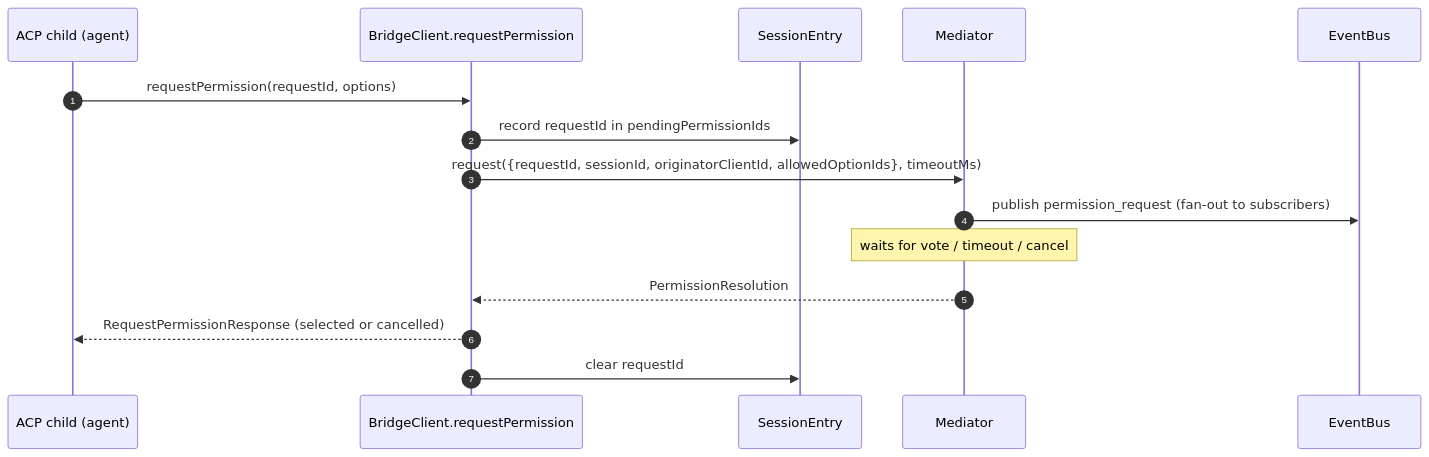
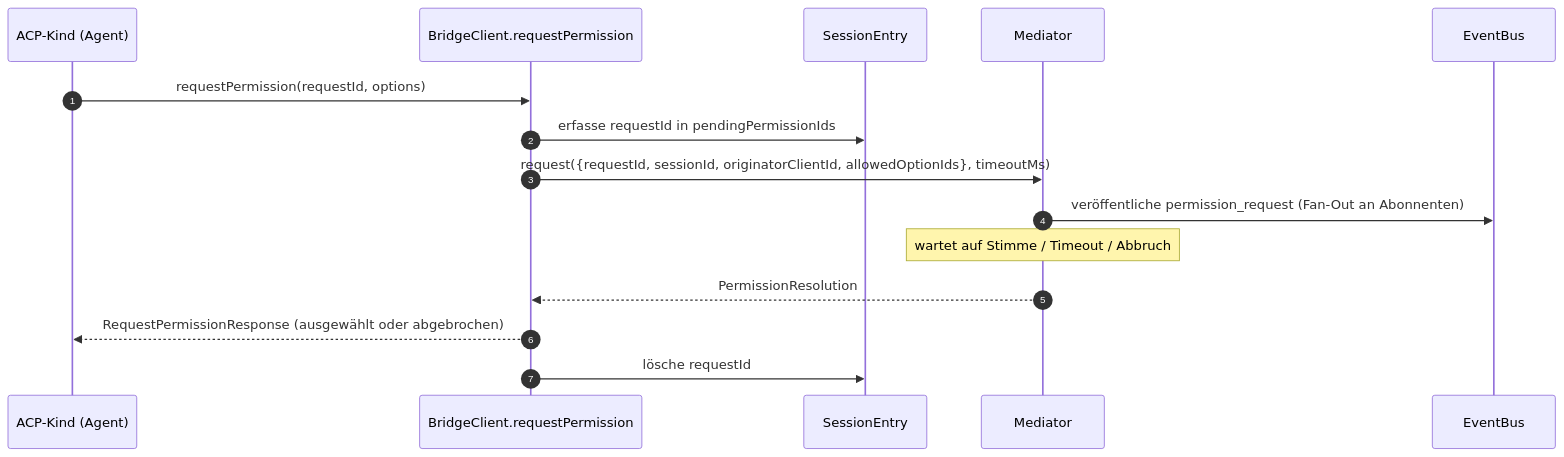
One commit to QwenLM/qwen-code-docs changed the third of 4 diagrams in website/content/de/developers/daemon/03-acp-bridge.md. Above: the diagram before and after it, drawn with Mermaid. The commit also changed other lines of this file and 1077 other files, not shown here.

````diff
--- a/website/content/de/developers/daemon/03-acp-bridge.md
+++ b/website/content/de/developers/daemon/03-acp-bridge.md
@@ -127,18 +129,18 @@
 ```mermaid
 sequenceDiagram
     autonumber
-    participant ACP as ACP child (agent)
+    participant ACP as ACP-Kind (Agent)
     participant BC as BridgeClient.requestPermission
     participant E as SessionEntry
     participant M as Mediator
     participant EB as EventBus
 
     ACP->>BC: requestPermission(requestId, options)
-    BC->>E: record requestId in pendingPermissionIds
+    BC->>E: erfasse requestId in pendingPermissionIds
     BC->>M: request({requestId, sessionId, originatorClientId, allowedOptionIds}, timeoutMs)
-    M->>EB: publish permission_request (fan-out to subscribers)
-    Note over M: waits for vote / timeout / cancel
+    M->>EB: veröffentliche permission_request (Fan-Out an Abonnenten)
+    Note over M: wartet auf Stimme / Timeout / Abbruch
     M-->>BC: PermissionResolution
-    BC-->>ACP: RequestPermissionResponse (selected or cancelled)
-    BC->>E: clear requestId
+    BC-->>ACP: RequestPermissionResponse (ausgewählt oder abgebrochen)
+    BC->>E: lösche requestId
 ```
````
